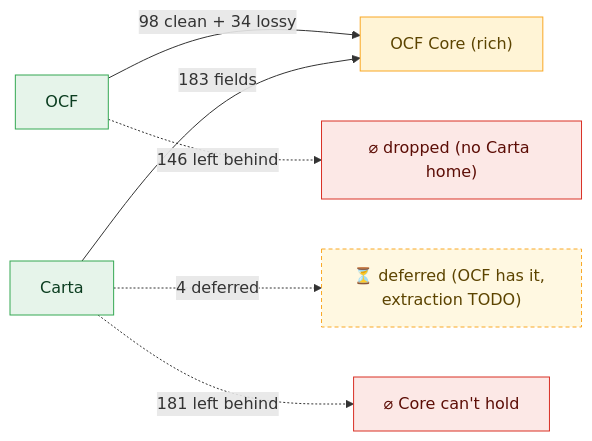
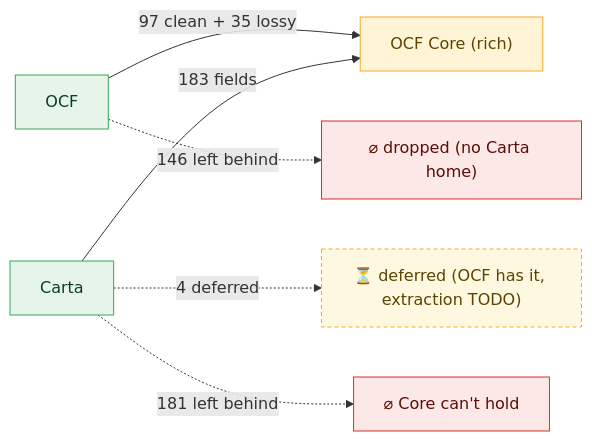
One commit to Open-Cap-Table-Coalition/OCF-Composed-Schemas changed the first of 47 diagrams in docs/core-bidirectional-flow.md. Above: the diagram before and after it, drawn with Mermaid. The commit also changed other lines of this file and 11 other files, not shown here.

````diff
--- a/docs/core-bidirectional-flow.md
+++ b/docs/core-bidirectional-flow.md
@@ -11,13 +11,13 @@
 ```mermaid
 flowchart LR
   classDef core fill:#fff4d6,stroke:#f9a825,color:#5c4400;
   classDef in fill:#e6f4ea,stroke:#34a853,color:#0b3d20;
   classDef out fill:#fce8e6,stroke:#d93025,color:#5c0d06;
   classDef defer fill:#fff8e1,stroke:#f9a825,color:#5c4400,stroke-dasharray:4 3;
-  OCF["OCF"]:::in -->|"98 clean + 34 lossy"| CORE
+  OCF["OCF"]:::in -->|"97 clean + 35 lossy"| CORE
   OCF -.->|"146 left behind"| ocfvoid["⌀ dropped (no Carta home)"]:::out
   CORE["OCF Core (rich)"]:::core
   Carta["Carta"]:::in -->|"183 fields"| CORE
   Carta -.->|"4 deferred"| deferbox["⏳ deferred (OCF has it, extraction TODO)"]:::defer
   Carta -.->|"181 left behind"| cartavoid["⌀ Core can't hold"]:::out
 ```
````
